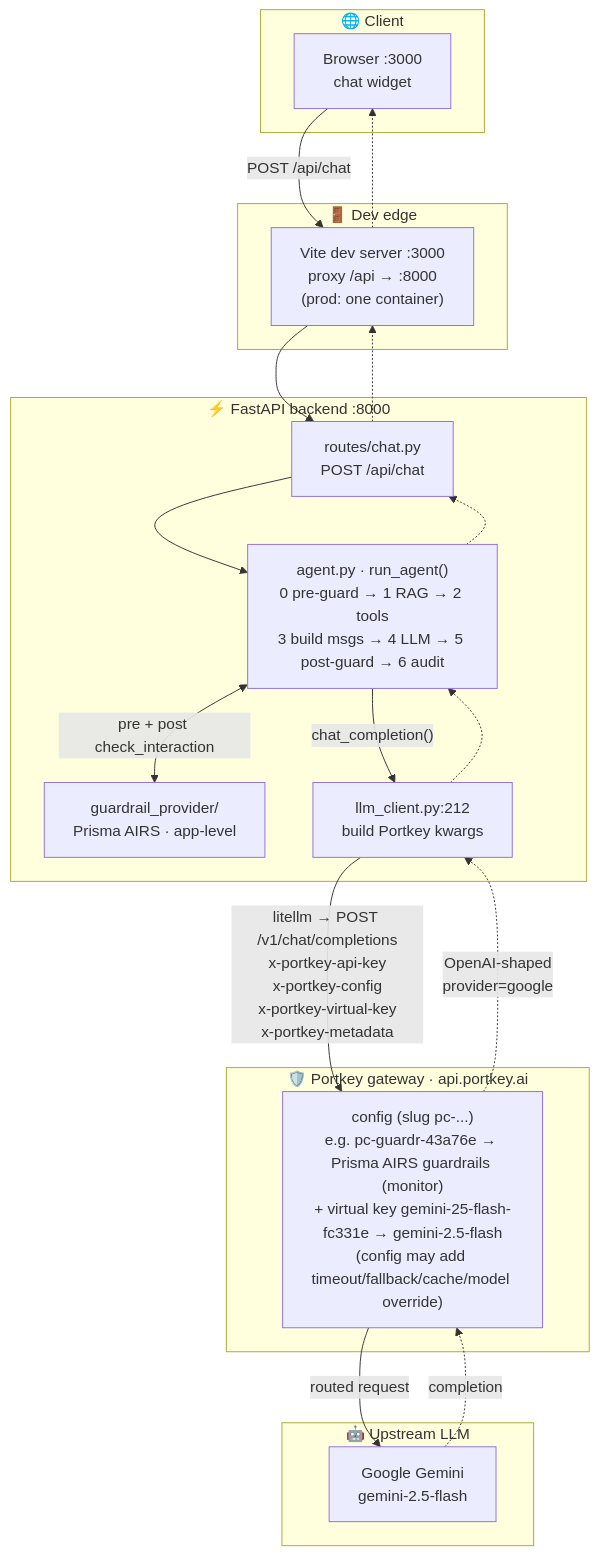
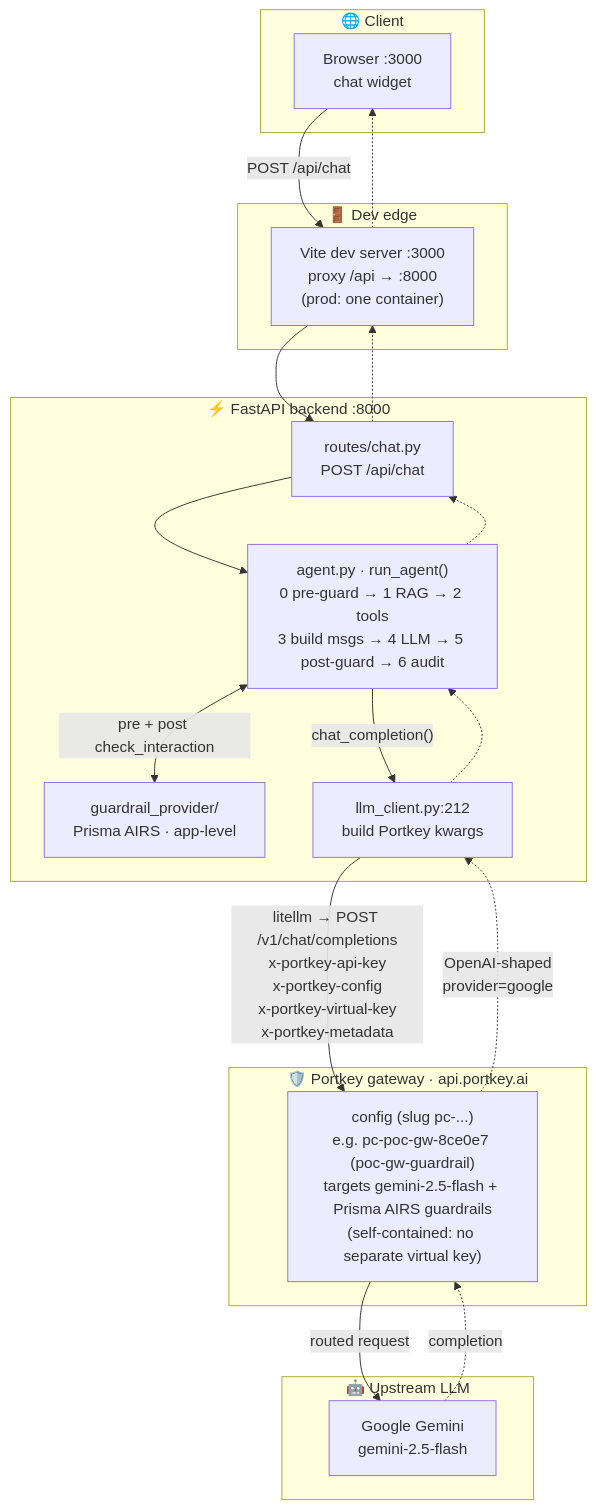
One commit to supachai-j/guard-demo-client changed the first of 3 diagrams in docs/TRAFFIC_FLOW.md. Above: the diagram before and after it, drawn with Mermaid. The commit also changed other lines of this file, not shown here.

Commit message:
docs(portkey): point traffic-flow at the active poc-gw-guardrail config

````diff
--- a/docs/TRAFFIC_FLOW.md
+++ b/docs/TRAFFIC_FLOW.md
@@ -22,35 +22,35 @@
 ```mermaid
 flowchart TB
     subgraph Client["🌐 Client"]
         BR["Browser :3000<br/>chat widget"]
     end
 
     subgraph Edge["🚪 Dev edge"]
         VITE["Vite dev server :3000<br/>proxy /api → :8000<br/>(prod: one container)"]
     end
 
     subgraph BE["⚡ FastAPI backend :8000"]
         CHAT["routes/chat.py<br/>POST /api/chat"]
         AGENT["agent.py · run_agent()<br/>0 pre-guard → 1 RAG → 2 tools<br/>3 build msgs → 4 LLM → 5 post-guard → 6 audit"]
         GUARD["guardrail_provider/<br/>Prisma AIRS · app-level"]
         LLM["llm_client.py:212<br/>build Portkey kwargs"]
     end
 
     subgraph GW["🛡️ Portkey gateway · api.portkey.ai"]
-        CFG["config (slug pc-...)<br/>e.g. pc-guardr-43a76e → Prisma AIRS guardrails (monitor)<br/>+ virtual key gemini-25-flash-fc331e → gemini-2.5-flash<br/>(config may add timeout/fallback/cache/model override)"]
+        CFG["config (slug pc-...)<br/>e.g. pc-poc-gw-8ce0e7 (poc-gw-guardrail)<br/>targets gemini-2.5-flash + Prisma AIRS guardrails<br/>(self-contained: no separate virtual key)"]
     end
 
     subgraph UP["🤖 Upstream LLM"]
         GEM["Google Gemini<br/>gemini-2.5-flash"]
     end
 
     BR -->|"POST /api/chat"| VITE --> CHAT --> AGENT
     AGENT <-->|"pre + post check_interaction"| GUARD
     AGENT -->|"chat_completion()"| LLM
     LLM -->|"litellm → POST /v1/chat/completions<br/>x-portkey-api-key<br/>x-portkey-config<br/>x-portkey-virtual-key<br/>x-portkey-metadata"| CFG
     CFG -->|"routed request"| GEM
 
     GEM -.->|"completion"| CFG
     CFG -.->|"OpenAI-shaped<br/>provider=google"| LLM
     LLM -.-> AGENT -.-> CHAT -.-> VITE -.-> BR
 ```
````
